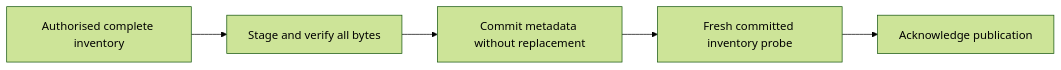
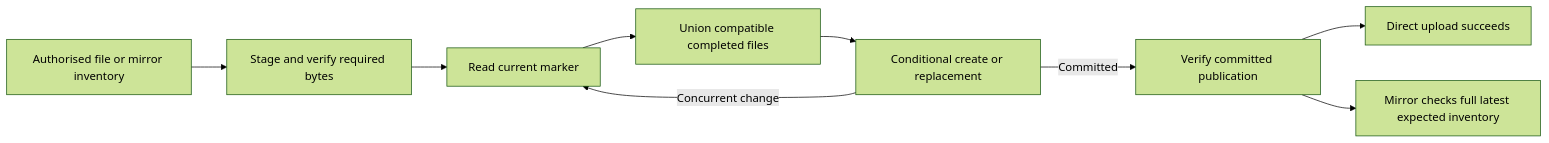
Before and after one commit to AlexaDeWit/Ecluse: the diagram in docs/architecture/package-storage.md, drawn with Mermaid (forest theme). The commit also changed other lines of this file, not shown here.

First line of the commit message:
docs(storage): preserve additive per-file publication

````diff
--- a/docs/architecture/package-storage.md
+++ b/docs/architecture/package-storage.md
@@ -48,7 +60,11 @@
 ```mermaid
 flowchart LR
-    A[Authorised complete inventory] --> B[Stage and verify all bytes]
-    B --> C[Commit metadata without replacement]
-    C --> D[Fresh committed inventory probe]
-    D --> E[Acknowledge publication]
+    A[Authorised file or mirror inventory] --> B[Stage and verify required bytes]
+    B --> C[Read current marker]
+    C --> D[Union compatible completed files]
+    D --> E[Conditional create or replacement]
+    E -->|Concurrent change| C
+    E -->|Committed| F[Verify committed publication]
+    F --> G[Direct upload succeeds]
+    F --> H[Mirror checks full latest expected inventory]
 ```
````
